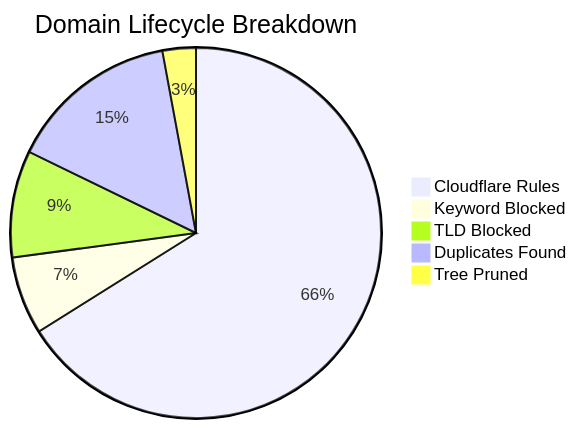
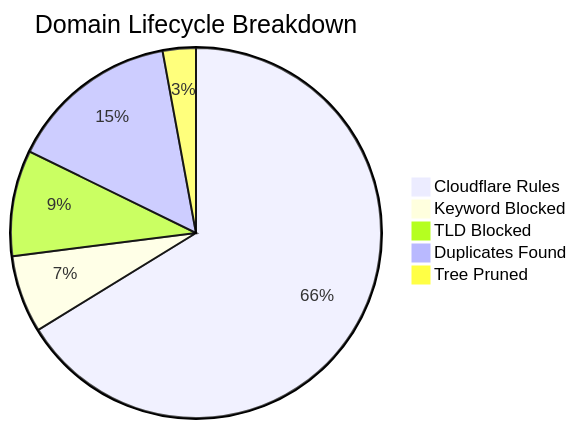
The diagram in README_STATS.md (brojangles24/Cloudflare-ZeroTrust-AdBlock), drawn with Mermaid before and after one commit. The commit also changed other lines of this file and 1 other file, not shown here.

````diff
--- a/README_STATS.md
+++ b/README_STATS.md
@@ -5,8 +5,8 @@
 ```mermaid
 pie title Domain Lifecycle Breakdown
-    "Cloudflare Rules" : 279329
-    "Keyword Blocked" : 28725
-    "TLD Blocked" : 39375
-    "Duplicates Found" : 62926
-    "Tree Pruned" : 12298
+    "Cloudflare Rules" : 281595
+    "Keyword Blocked" : 28723
+    "TLD Blocked" : 39324
+    "Duplicates Found" : 63193
+    "Tree Pruned" : 12302
 ```
````
